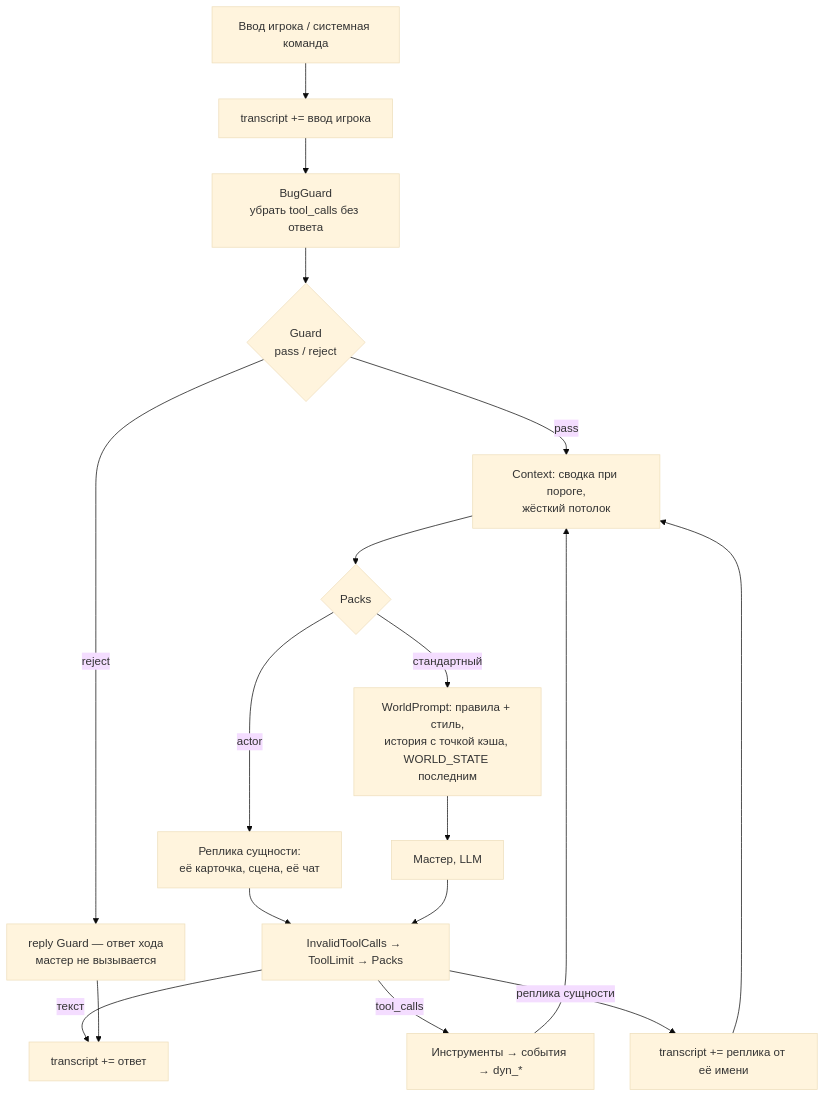
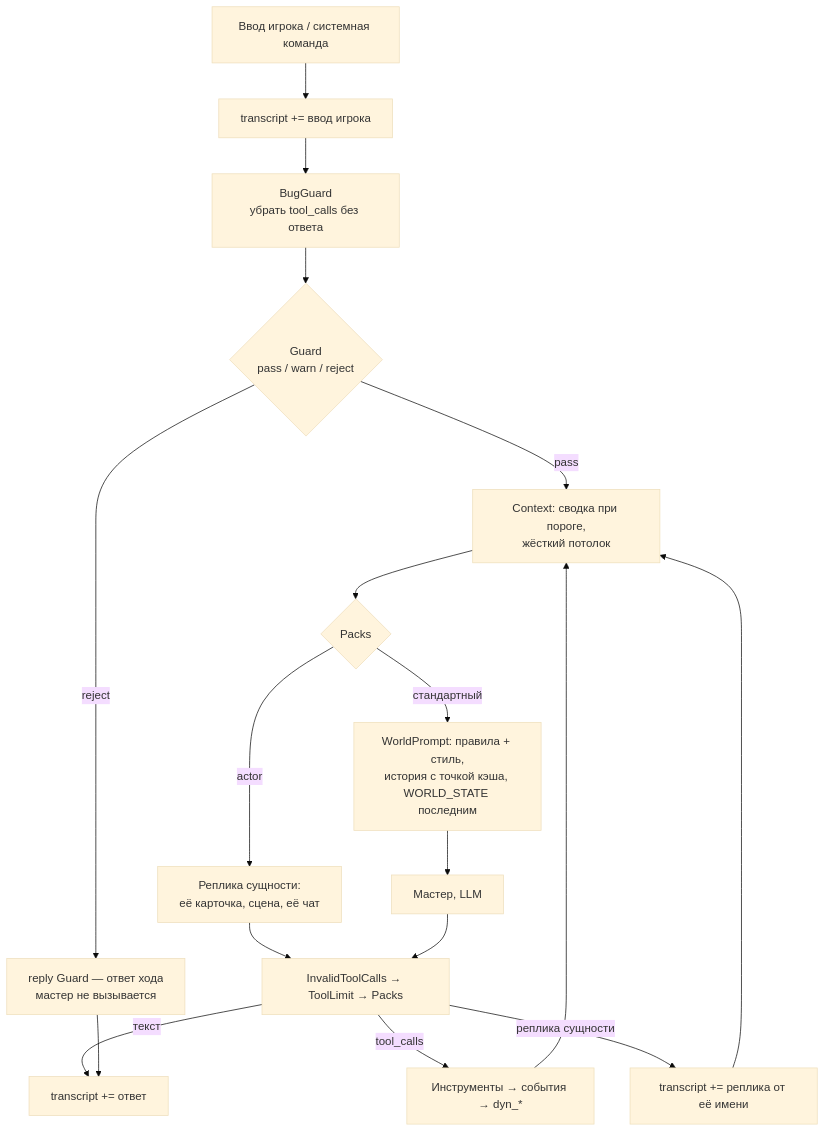
One commit to Bataevk/QuipQuill changed the first of 2 diagrams in docs/architecture/agent.md. Above: the diagram before and after it, drawn with Mermaid (base theme). The commit also changed other lines of this file and 11 other files, not shown here.

````diff
--- a/docs/architecture/agent.md
+++ b/docs/architecture/agent.md
@@ -7,20 +7,20 @@
 ```mermaid
 graph TD
   IN[Ввод игрока / системная команда] --> TRI[transcript += ввод игрока]
   TRI --> BG[BugGuard<br/>убрать tool_calls без ответа]
-  BG --> GU{Guard<br/>pass / reject}
+  BG --> GU{Guard<br/>pass / warn / reject}
   GU -->|reject| RJ[reply Guard — ответ хода<br/>мастер не вызывается]
   GU -->|pass| CM[Context: сводка при пороге,<br/>жёсткий потолок]
   CM --> PK{Packs}
   PK -->|actor| ACT[Реплика сущности:<br/>её карточка, сцена, её чат]
   ACT --> AM
   PK -->|стандартный| DP[WorldPrompt: правила + стиль,<br/>история с точкой кэша, WORLD_STATE последним]
   DP --> GM[Мастер, LLM]
   GM --> AM[InvalidToolCalls → ToolLimit → Packs]
   AM -->|tool_calls| TL[Инструменты → события → dyn_*]
   TL --> CM
   AM -->|реплика сущности| LN[transcript += реплика от её имени]
   LN --> CM
   AM -->|текст| OUT[transcript += ответ]
   RJ --> OUT
 ```
````
